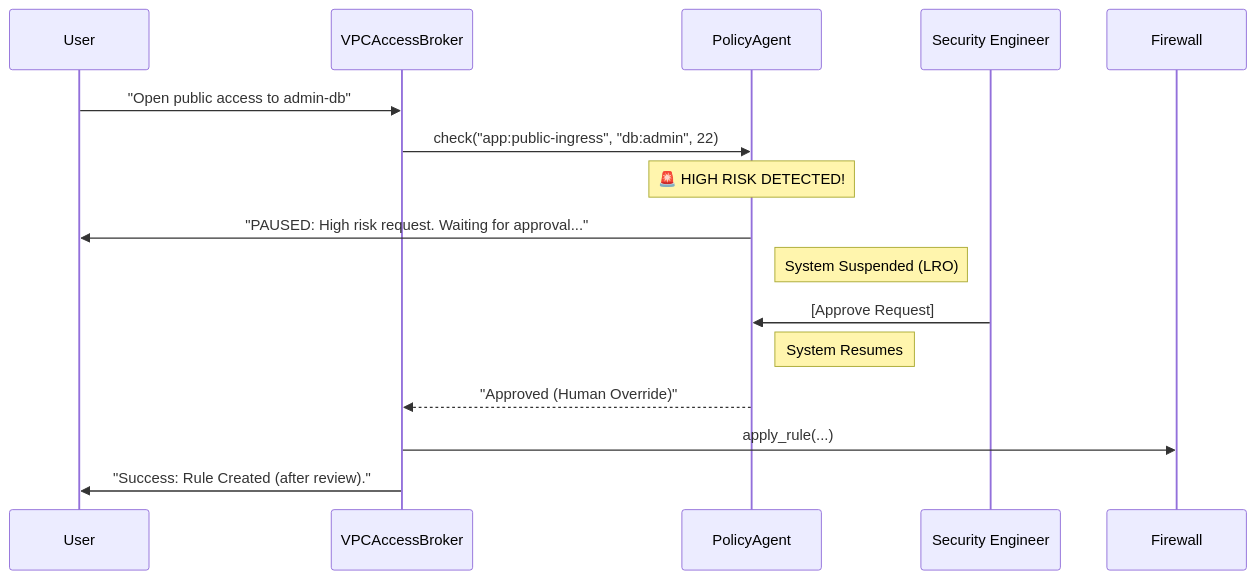
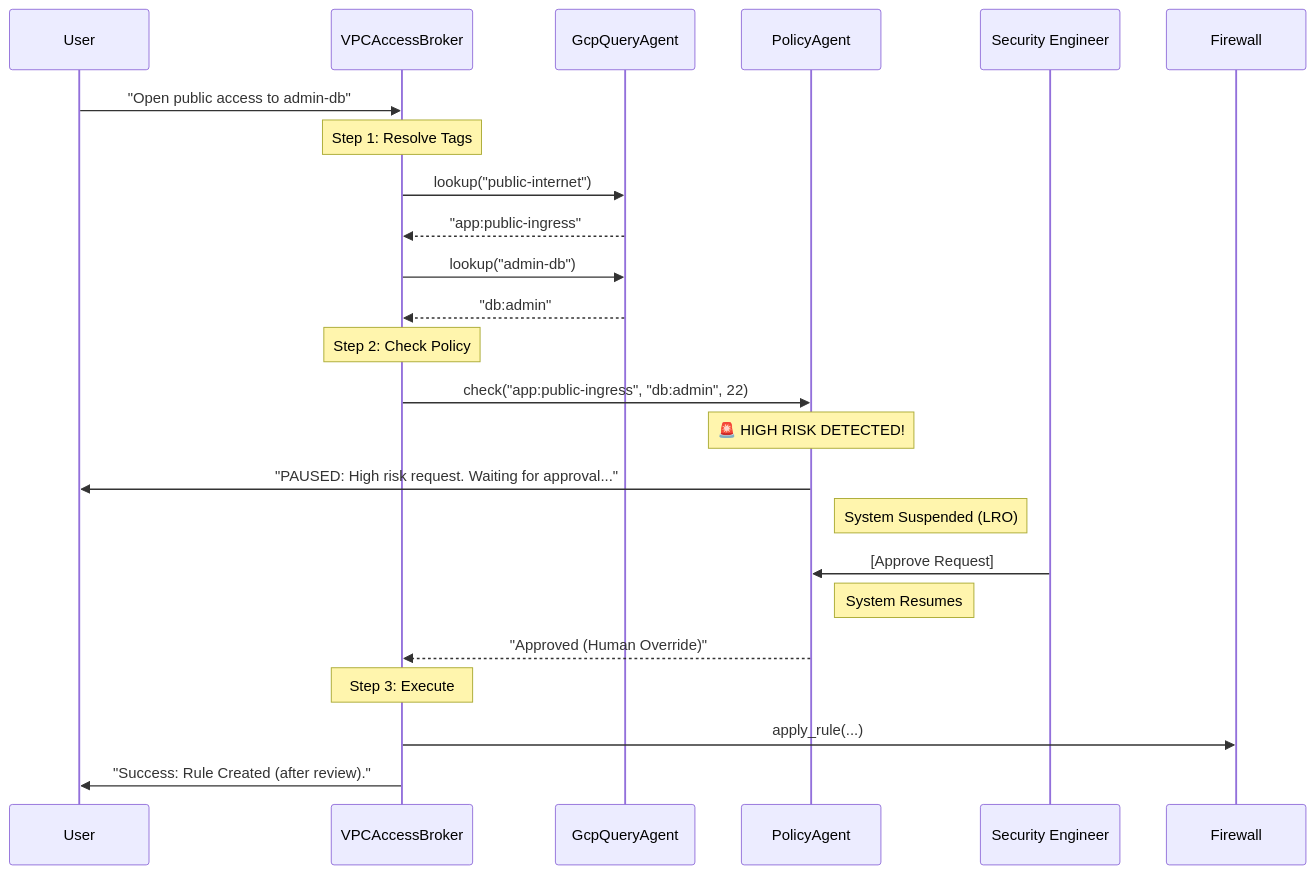
One commit to chinga-chinga/2025-google-capstone changed the second of 2 diagrams in TECHNICAL_WALKTHROUGH.md. Above: the diagram before and after it, drawn with Mermaid. The commit also changed other lines of this file and 3 other files, not shown here.

````diff
--- a/TECHNICAL_WALKTHROUGH.md
+++ b/TECHNICAL_WALKTHROUGH.md
@@ -41,24 +41,33 @@
 ```mermaid
 sequenceDiagram
     participant User
     participant Broker as VPCAccessBroker
+    participant Query as GcpQueryAgent
     participant Policy as PolicyAgent
     participant Human as Security Engineer
 
     User->>Broker: "Open public access to admin-db"
+
+    Note over Broker: Step 1: Resolve Tags
+    Broker->>Query: lookup("public-internet")
+    Query-->>Broker: "app:public-ingress"
+    Broker->>Query: lookup("admin-db")
+    Query-->>Broker: "db:admin"
     
+    Note over Broker: Step 2: Check Policy
     Broker->>Policy: check("app:public-ingress", "db:admin", 22)
     
     Note over Policy: 🚨 HIGH RISK DETECTED!
     Policy->>User: "PAUSED: High risk request. Waiting for approval..."
     
     Note right of Policy: System Suspended (LRO)
     
     Human->>Policy: [Approve Request]
     
     Note right of Policy: System Resumes
     Policy-->>Broker: "Approved (Human Override)"
     
+    Note over Broker: Step 3: Execute
     Broker->>Firewall: apply_rule(...)
     Broker->>User: "Success: Rule Created (after review)."
 ```
````
